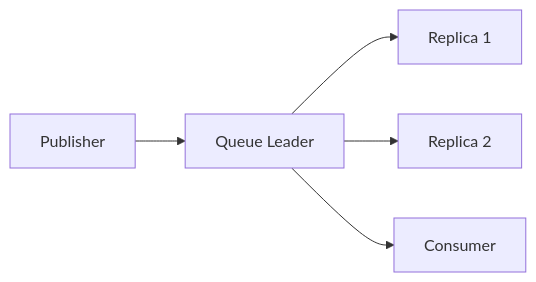
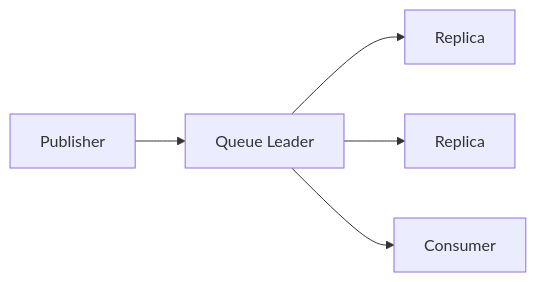
Before and after one commit to AvadhBhalodiya/Interview-Preparation: the ninth of 16 diagrams in src/content/task-processing/message-brokers-redis-rabbitmq-sqs.md, drawn with Mermaid. The commit also changed other lines of this file and 80 other files, not shown here.

````diff
--- a/src/content/task-processing/message-brokers-redis-rabbitmq-sqs.md
+++ b/src/content/task-processing/message-brokers-redis-rabbitmq-sqs.md
@@ -861,7 +420,7 @@
 ```mermaid
 flowchart LR
     P[Publisher] --> L[Queue Leader]
-    L --> R1[Replica 1]
-    L --> R2[Replica 2]
+    L --> R1[Replica]
+    L --> R2[Replica]
     L --> C[Consumer]
 ```
````
